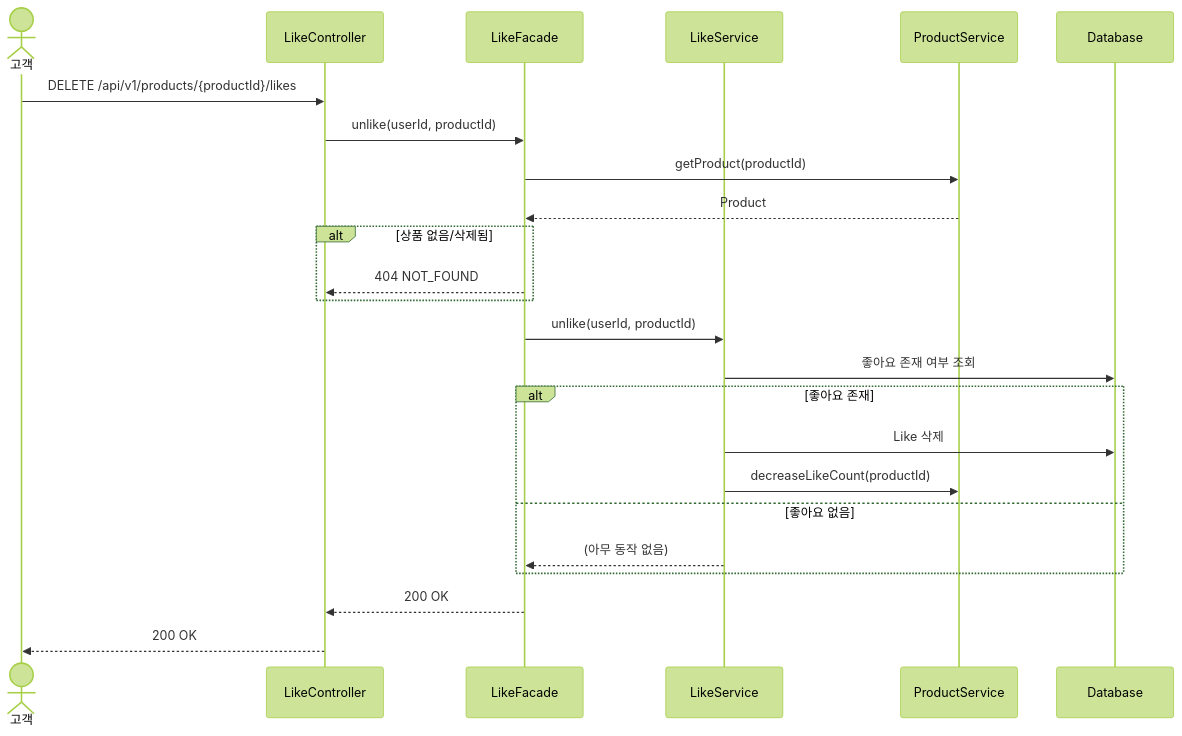
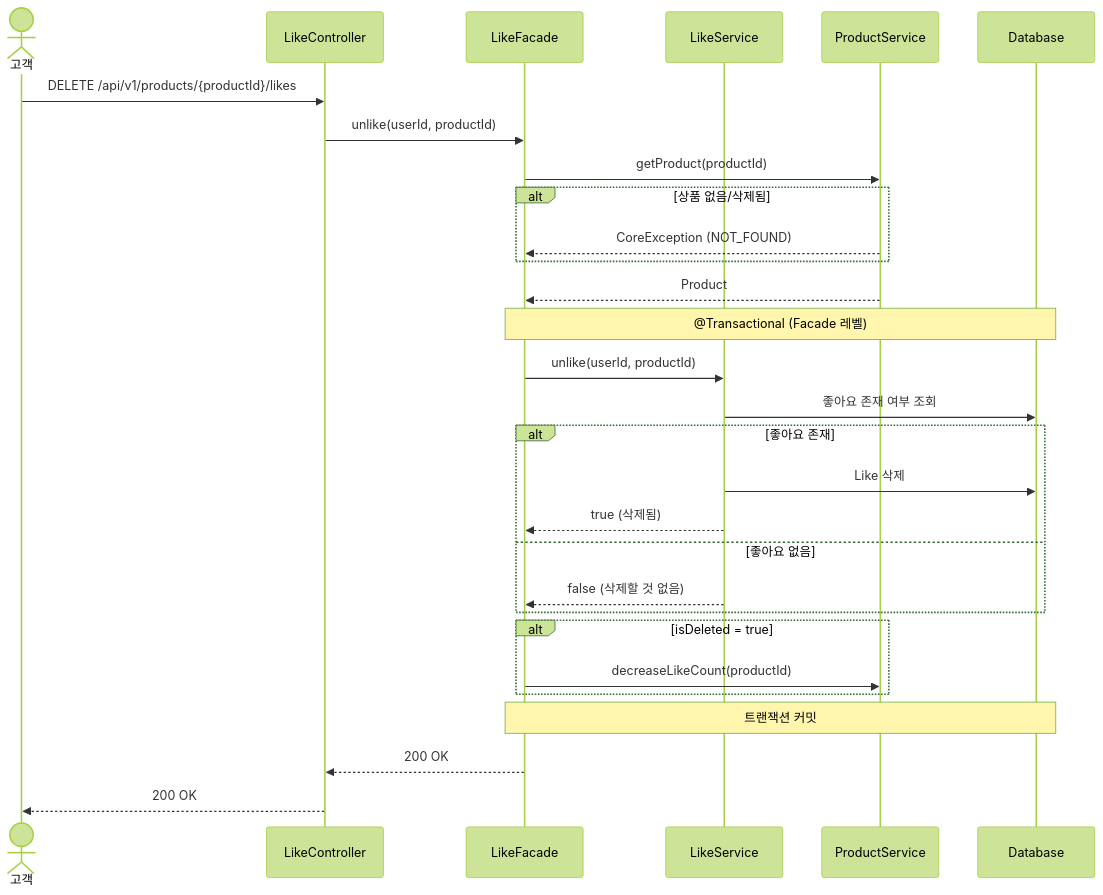
Before and after one commit to Loopers-dev-lab/loop-pack-be-l2-vol3-kotlin: the third of 8 diagrams in docs/design/02-sequence-diagrams.md, drawn with Mermaid (forest theme). The commit also changed other lines of this file, not shown here.

First line of the commit message:
docs: 시퀀스 다이어그램 보완 — 책임 객체, 트랜잭션 경계, 누락 흐름 추가

````diff
--- a/docs/design/02-sequence-diagrams.md
+++ b/docs/design/02-sequence-diagrams.md
@@ -110,31 +119,38 @@
 ```mermaid
 sequenceDiagram
     actor C as 고객
     participant Ctrl as LikeController
     participant F as LikeFacade
     participant LS as LikeService
     participant PS as ProductService
     participant DB as Database
 
     C->>Ctrl: DELETE /api/v1/products/{productId}/likes
     Ctrl->>F: unlike(userId, productId)
     F->>PS: getProduct(productId)
+    alt 상품 없음/삭제됨
+        PS-->>F: CoreException (NOT_FOUND)
+    end
     PS-->>F: Product
 
-    alt 상품 없음/삭제됨
-        F-->>Ctrl: 404 NOT_FOUND
-    end
+    Note over F,DB: @Transactional (Facade 레벨)
 
     F->>LS: unlike(userId, productId)
     LS->>DB: 좋아요 존재 여부 조회
 
     alt 좋아요 존재
         LS->>DB: Like 삭제
-        LS->>PS: decreaseLikeCount(productId)
+        LS-->>F: true (삭제됨)
     else 좋아요 없음
-        LS-->>F: (아무 동작 없음)
+        LS-->>F: false (삭제할 것 없음)
     end
+
+    alt isDeleted = true
+        F->>PS: decreaseLikeCount(productId)
+    end
+
+    Note over F,DB: 트랜잭션 커밋
 
     F-->>Ctrl: 200 OK
     Ctrl-->>C: 200 OK
 ```
````
